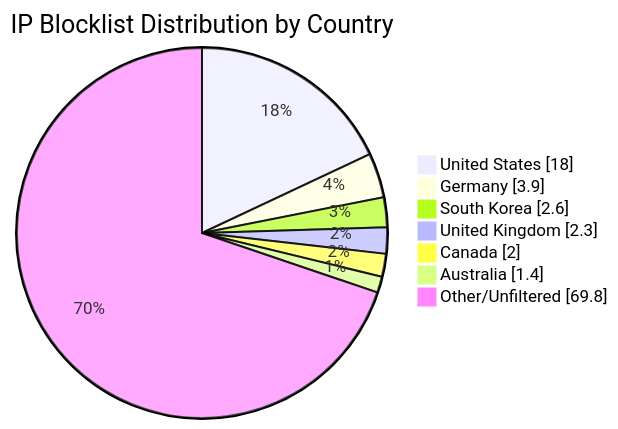
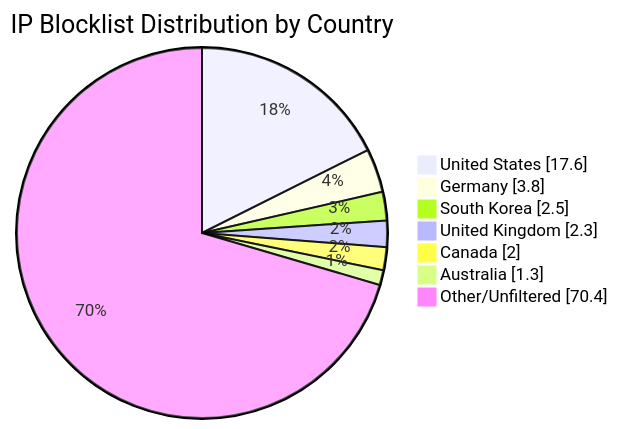
The diagram in README.md (MarcusHoltz/ipblocklist-geofiltered-aggregator), drawn with Mermaid before and after one commit. The commit also changed other lines of this file and 9 other files, not shown here.

````diff
--- a/README.md
+++ b/README.md
@@ -34,10 +34,10 @@
 ```mermaid
 pie showData title IP Blocklist Distribution by Country
-"United States" : 18.0
-"Germany" : 3.9
-"South Korea" : 2.6
+"United States" : 17.6
+"Germany" : 3.8
+"South Korea" : 2.5
 "United Kingdom" : 2.3
 "Canada" : 2.0
-"Australia" : 1.4
-"Other/Unfiltered" : 69.8
+"Australia" : 1.3
+"Other/Unfiltered" : 70.4
 ```
````
